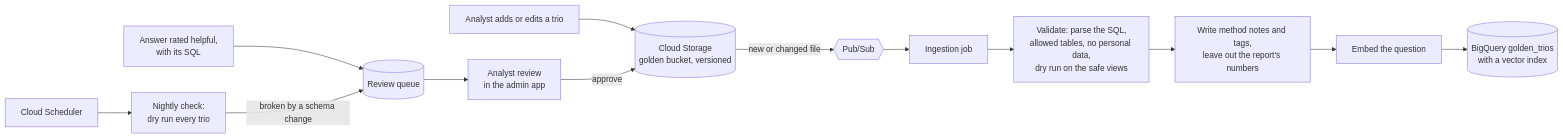
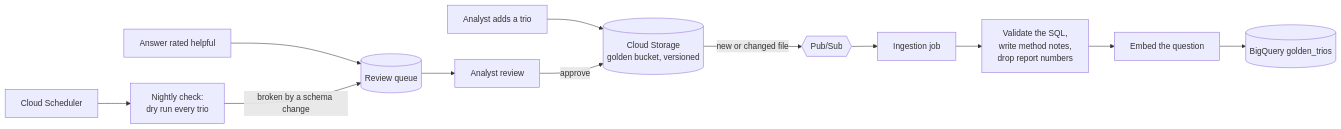
Before and after one commit to roman-s8o/da-assistant: the third of 4 diagrams in docs/ARCHITECTURE.md, drawn with Mermaid. The commit also changed other lines of this file, not shown here.

Commit message:
Write the high-level design in ARCHITECTURE.md

````diff
--- a/docs/ARCHITECTURE.md
+++ b/docs/ARCHITECTURE.md
@@ -328,15 +200,14 @@
 ```mermaid
 flowchart LR
-    AN["Analyst adds or edits a trio"] --> GCS[("Cloud Storage<br/>golden bucket, versioned")]
-    FB["Answer rated helpful,<br/>with its SQL"] --> Q[("Review queue")]
+    AN["Analyst adds a trio"] --> GCS[("Cloud Storage<br/>golden bucket, versioned")]
+    FB["Answer rated helpful"] --> Q[("Review queue")]
     CHK["Nightly check:<br/>dry run every trio"] -->|"broken by a schema change"| Q
-    Q --> RV["Analyst review<br/>in the admin app"]
+    Q --> RV["Analyst review"]
     RV -->|"approve"| GCS
     GCS -->|"new or changed file"| PS{{"Pub/Sub"}}
     PS --> ING["Ingestion job"]
-    ING --> V["Validate: parse the SQL,<br/>allowed tables, no personal data,<br/>dry run on the safe views"]
-    V --> N["Write method notes and tags,<br/>leave out the report's numbers"]
-    N --> E["Embed the question"]
-    E --> GOLD[("BigQuery golden_trios<br/>with a vector index")]
+    ING --> V["Validate the SQL,<br/>write method notes,<br/>drop report numbers"]
+    V --> E["Embed the question"]
+    E --> GOLD[("BigQuery golden_trios")]
     SCH["Cloud Scheduler"] --> CHK
 ```
````
